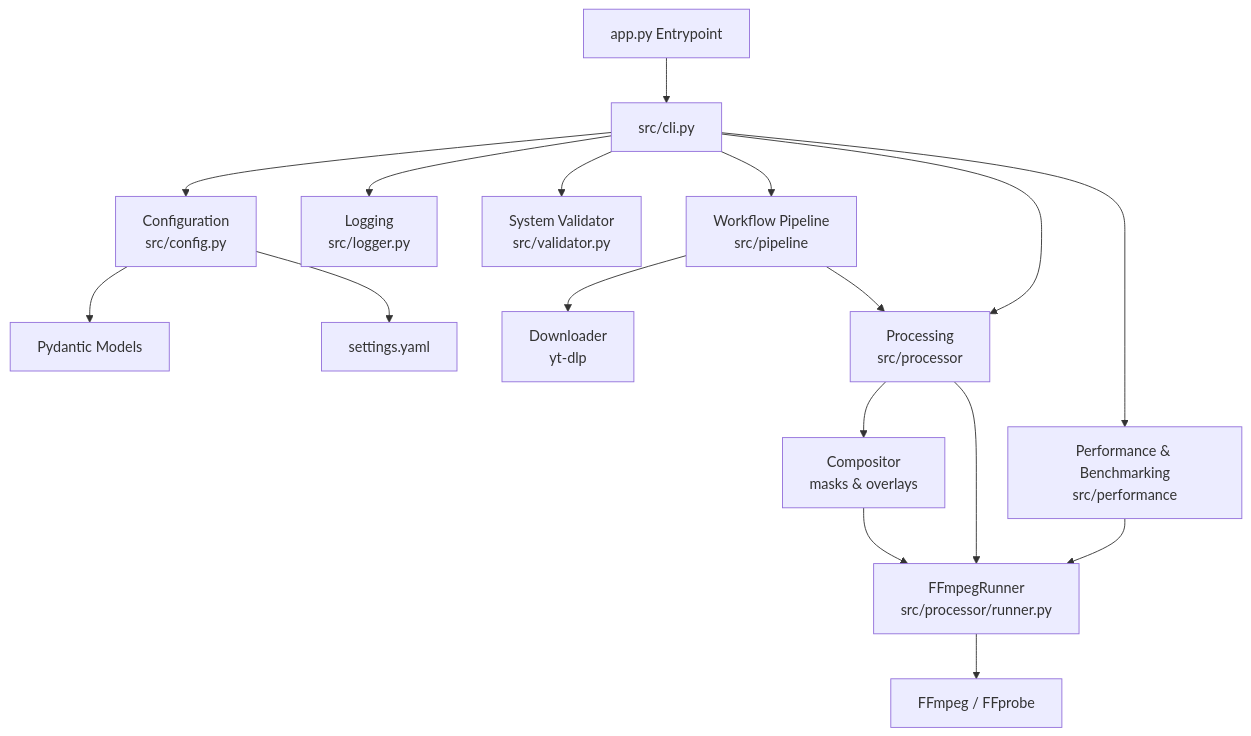
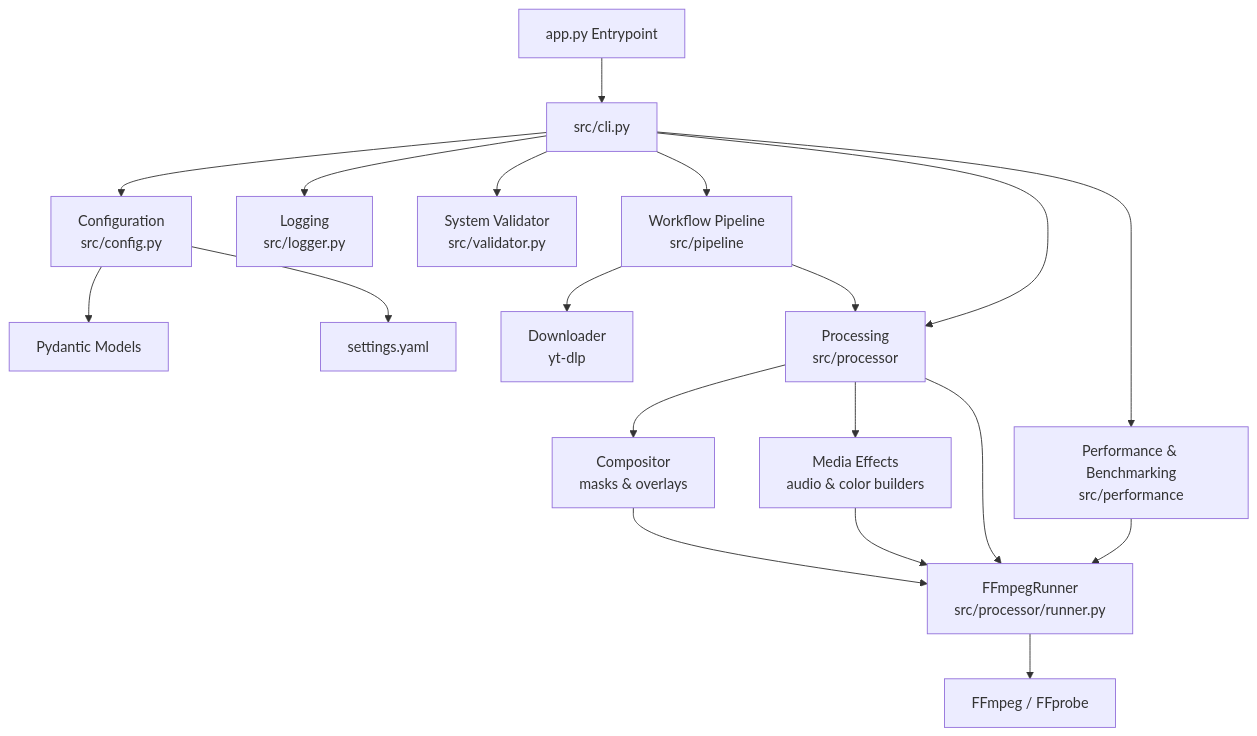
Before and after one commit to asliabhi12/youtube-cashcow: the diagram in README.md, drawn with Mermaid. The commit also changed other lines of this file and 20 other files, not shown here.

Commit message:
Phase 7: add audio effects and color grading engine

````diff
--- a/README.md
+++ b/README.md
@@ -20,24 +21,26 @@
 ```mermaid
 graph TD
     App[app.py Entrypoint] --> CLI[src/cli.py]
 
     CLI --> Config[Configuration<br/>src/config.py]
     CLI --> Logger[Logging<br/>src/logger.py]
     CLI --> Validator[System Validator<br/>src/validator.py]
     CLI --> Pipeline[Workflow Pipeline<br/>src/pipeline]
     CLI --> Processor[Processing<br/>src/processor]
     CLI --> Performance[Performance & Benchmarking<br/>src/performance]
 
     Config --> Pydantic[Pydantic Models]
     Config --> Yaml[settings.yaml]
 
     Pipeline --> Downloader[Downloader<br/>yt-dlp]
     Pipeline --> Processor
 
     Processor --> Compositor[Compositor<br/>masks & overlays]
+    Processor --> Effects[Media Effects<br/>audio & color builders]
     Processor --> Runner[FFmpegRunner<br/>src/processor/runner.py]
     Compositor --> Runner
+    Effects --> Runner
     Performance --> Runner
 
     Runner --> FFmpeg[FFmpeg / FFprobe]
 ```
````
